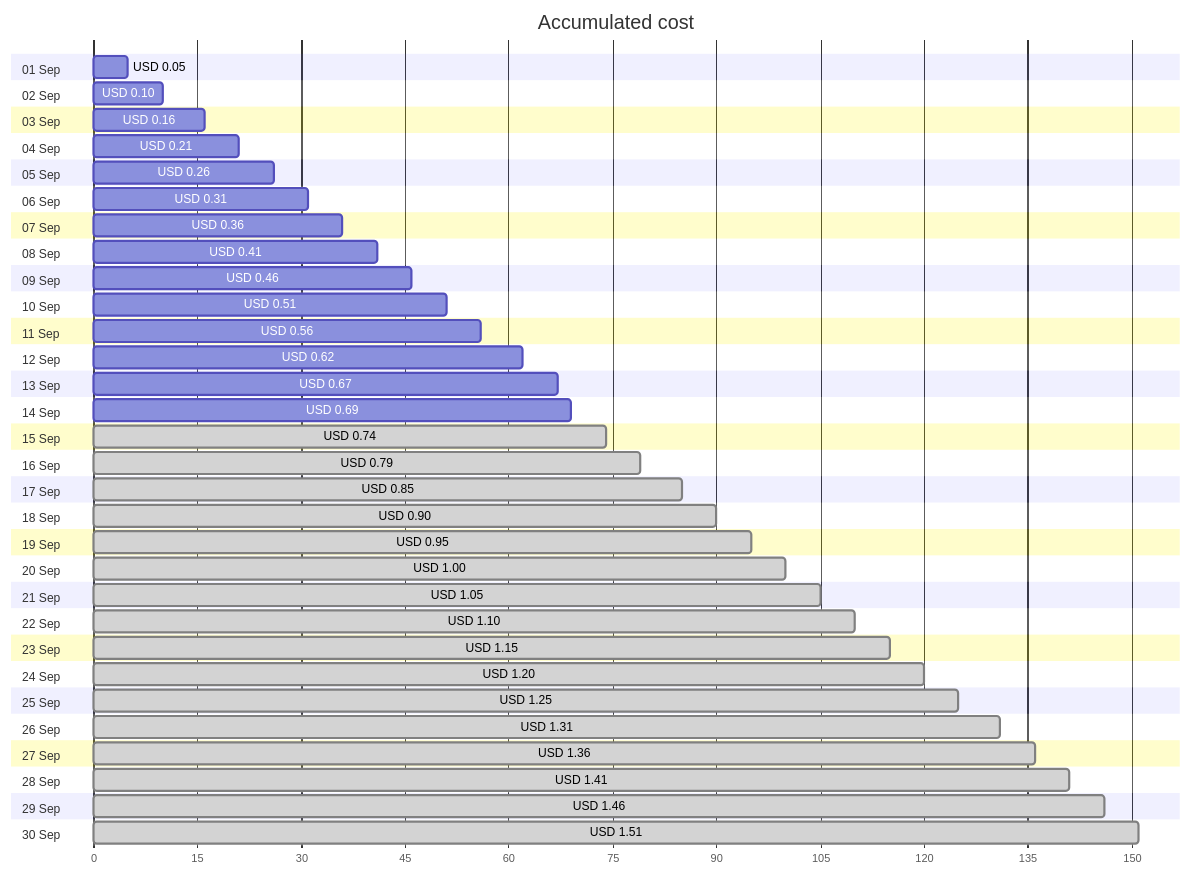
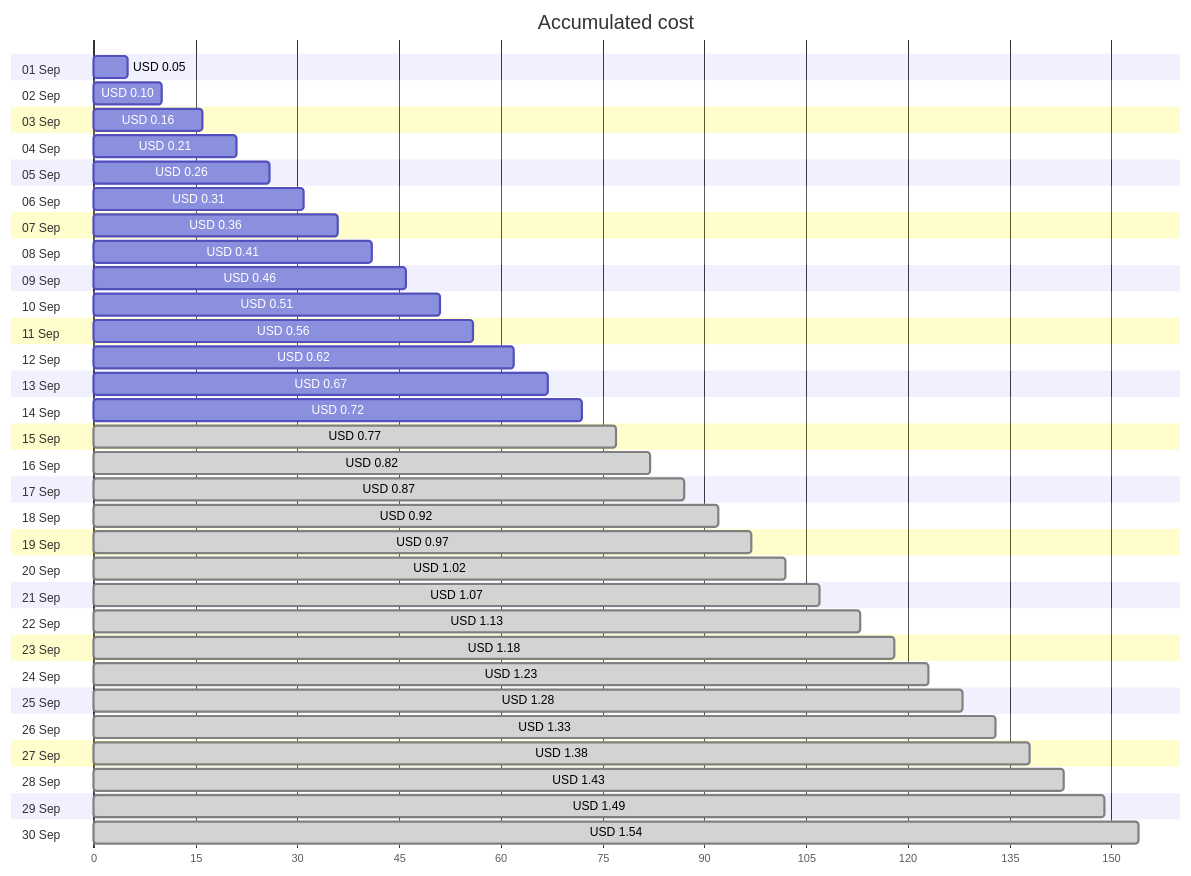
Before and after one commit to jpfulton/azure-personal-reports: the first of 4 diagrams in cost-reports/personal-network/linux-dev_OsDisk.md, drawn with Mermaid. The commit also changed other lines of this file and 37 other files, not shown here.

````diff
--- a/cost-reports/personal-network/linux-dev_OsDisk.md
+++ b/cost-reports/personal-network/linux-dev_OsDisk.md
@@ -20,66 +20,66 @@
 ```mermaid
 gantt
    title Accumulated cost
    dateFormat  X
    axisFormat %s
    section 01 Sep
    USD 0.05 :0, 5
    section 02 Sep
    USD 0.10 :0, 10
    section 03 Sep
    USD 0.16 :0, 16
    section 04 Sep
    USD 0.21 :0, 21
    section 05 Sep
    USD 0.26 :0, 26
    section 06 Sep
    USD 0.31 :0, 31
    section 07 Sep
    USD 0.36 :0, 36
    section 08 Sep
    USD 0.41 :0, 41
    section 09 Sep
    USD 0.46 :0, 46
    section 10 Sep
    USD 0.51 :0, 51
    section 11 Sep
    USD 0.56 :0, 56
    section 12 Sep
    USD 0.62 :0, 62
    section 13 Sep
    USD 0.67 :0, 67
    section 14 Sep
-   USD 0.69 :0, 69
+   USD 0.72 :0, 72
    section 15 Sep
-   USD 0.74 : done, 0, 74
+   USD 0.77 : done, 0, 77
    section 16 Sep
-   USD 0.79 : done, 0, 79
+   USD 0.82 : done, 0, 82
    section 17 Sep
-   USD 0.85 : done, 0, 85
+   USD 0.87 : done, 0, 87
    section 18 Sep
-   USD 0.90 : done, 0, 90
+   USD 0.92 : done, 0, 92
    section 19 Sep
-   USD 0.95 : done, 0, 95
+   USD 0.97 : done, 0, 97
    section 20 Sep
-   USD 1.00 : done, 0, 100
+   USD 1.02 : done, 0, 102
    section 21 Sep
-   USD 1.05 : done, 0, 105
+   USD 1.07 : done, 0, 107
    section 22 Sep
-   USD 1.10 : done, 0, 110
+   USD 1.13 : done, 0, 113
    section 23 Sep
-   USD 1.15 : done, 0, 115
+   USD 1.18 : done, 0, 118
    section 24 Sep
-   USD 1.20 : done, 0, 120
+   USD 1.23 : done, 0, 123
    section 25 Sep
-   USD 1.25 : done, 0, 125
+   USD 1.28 : done, 0, 128
    section 26 Sep
-   USD 1.31 : done, 0, 131
+   USD 1.33 : done, 0, 133
    section 27 Sep
-   USD 1.36 : done, 0, 136
+   USD 1.38 : done, 0, 138
    section 28 Sep
-   USD 1.41 : done, 0, 141
+   USD 1.43 : done, 0, 143
    section 29 Sep
-   USD 1.46 : done, 0, 146
+   USD 1.49 : done, 0, 149
    section 30 Sep
-   USD 1.51 : done, 0, 151
+   USD 1.54 : done, 0, 154
 ```
````
